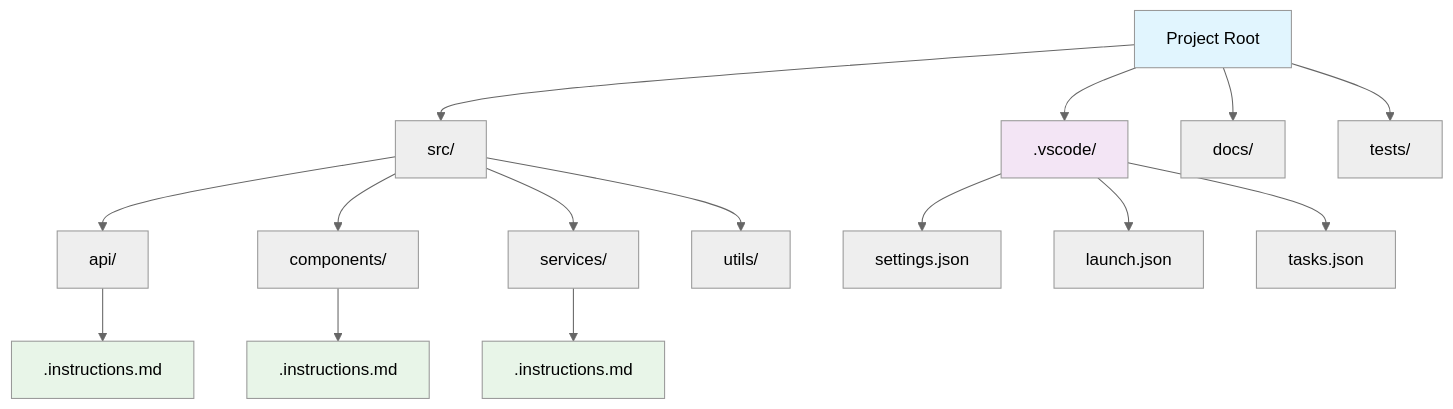
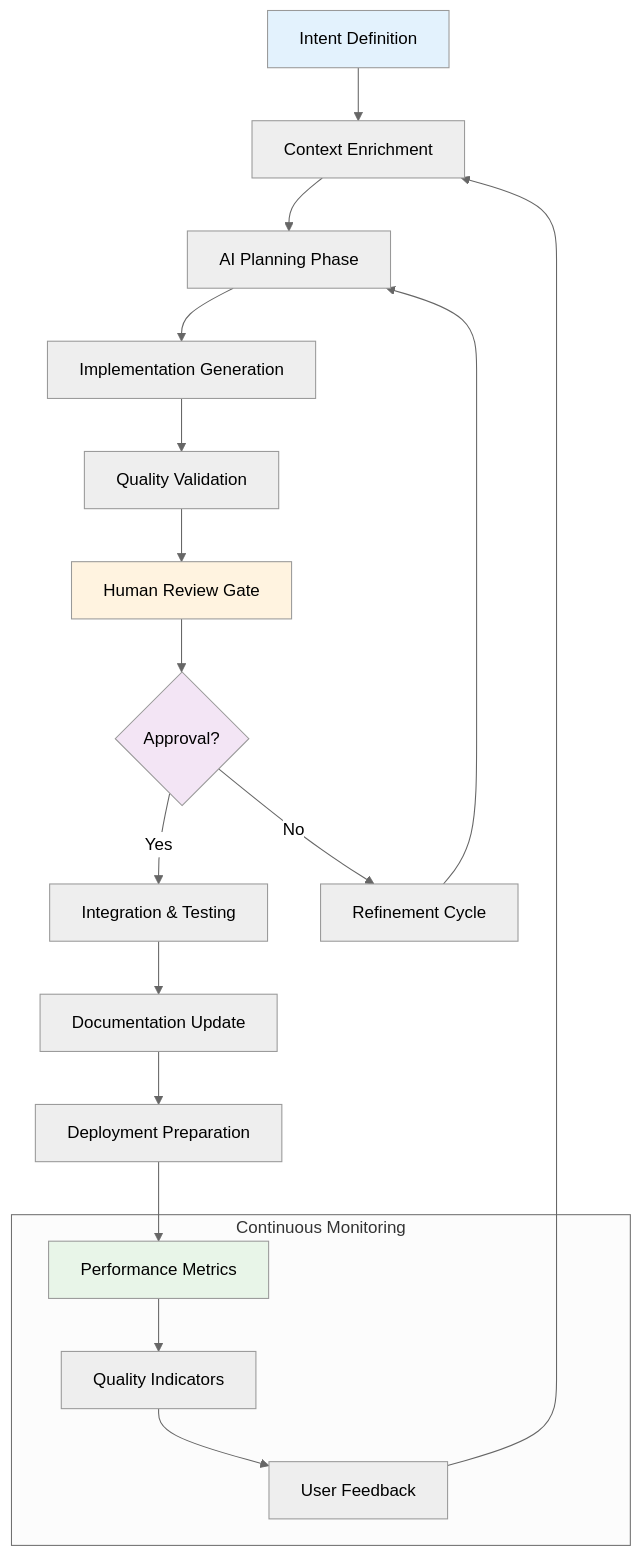
Diagram 11 of 11 in 17_intent_based_dev_vs_code_copilot.md (raphaelmansuy/tutorials), drawn with Mermaid (neutral theme) before and after one commit. The commit also changed other lines of this file, not shown here.

Commit message:
Implement feature X to enhance user experience and fix bug Y in module Z

````diff
--- a/17_intent_based_dev_vs_code_copilot.md
+++ b/17_intent_based_dev_vs_code_copilot.md
@@ -3444,26 +5165,30 @@
 ```mermaid
-graph TD
-    A[Project Root] --> B[src/]
-    A --> C[.vscode/]
-    A --> D[docs/]
-    A --> E[tests/]
+flowchart TD
+    A[Intent Definition] --> B[Context Enrichment]
+    B --> C[AI Planning Phase]
+    C --> D[Implementation Generation]
+    D --> E[Quality Validation]
+    E --> F[Human Review Gate]
+    F --> G{Approval?}
+    G -->|Yes| H[Integration & Testing]
+    G -->|No| I[Refinement Cycle]
+    I --> C
+    H --> J[Documentation Update]
+    J --> K[Deployment Preparation]
     
-    B --> F[api/]
-    B --> G[components/]
-    B --> H[services/]
-    B --> I[utils/]
+    subgraph "Continuous Monitoring"
+        L[Performance Metrics]
+        M[Quality Indicators]
+        N[User Feedback]
+    end
     
-    C --> J[settings.json]
-    C --> K[launch.json]
-    C --> L[tasks.json]
+    K --> L
+    L --> M
+    M --> N
+    N --> B
     
-    F --> M[.instructions.md]
-    G --> N[.instructions.md]
-    H --> O[.instructions.md]
-    
-    style A fill:#e1f5fe
-    style C fill:#f3e5f5
-    style M fill:#e8f5e8
-    style N fill:#e8f5e8
-    style O fill:#e8f5e8
+    style A fill:#e3f2fd
+    style F fill:#fff3e0
+    style G fill:#f3e5f5
+    style L fill:#e8f5e8
 ```
````
